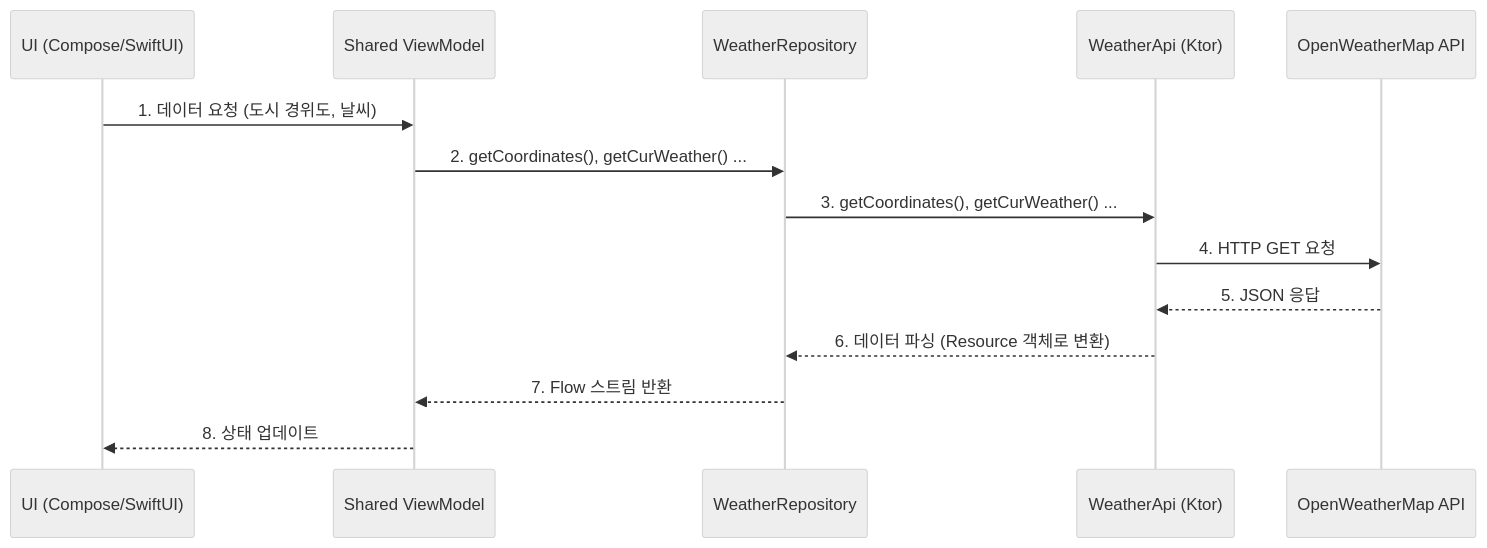
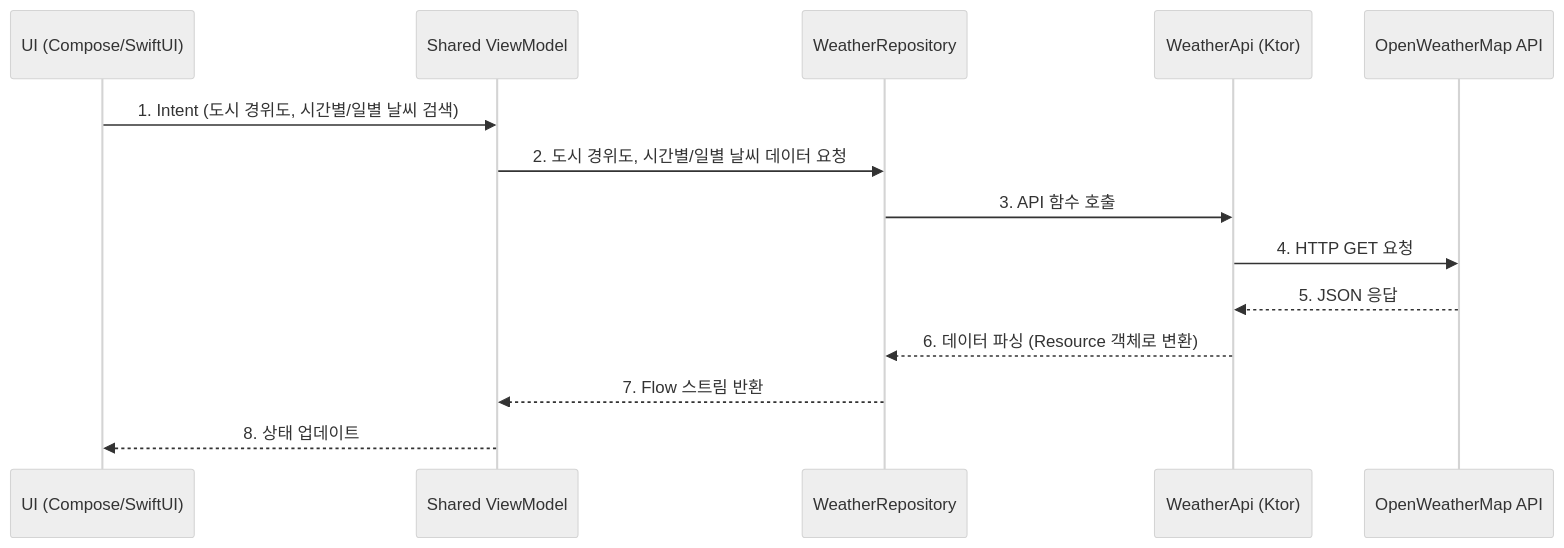
The first of 2 diagrams in README.md (yunn-hj/KMP), drawn with Mermaid before and after one commit.

````diff
--- a/README.md
+++ b/README.md
@@ -63,19 +63,19 @@
 ```mermaid
 %%{init: {'theme': 'neutral' } }%%
 sequenceDiagram
     participant UI as UI (Compose/SwiftUI)
     participant VM as Shared ViewModel
     participant Repo as WeatherRepository
     participant Api as WeatherApi (Ktor)
     participant Ext as OpenWeatherMap API
 
-    UI->>VM: 1. 데이터 요청 (도시 경위도, 날씨)
-    VM->>Repo: 2. getCoordinates(), getCurWeather() ...
-    Repo->>Api: 3. getCoordinates(), getCurWeather() ...
+    UI->>VM: 1. Intent (도시 경위도, 시간별/일별 날씨 검색)
+    VM->>Repo: 2. 도시 경위도, 시간별/일별 날씨 데이터 요청
+    Repo->>Api: 3. API 함수 호출
     Api->>Ext: 4. HTTP GET 요청
     Ext-->>Api: 5. JSON 응답
     Api-->>Repo: 6. 데이터 파싱 (Resource 객체로 변환)
     Repo-->>VM: 7. Flow 스트림 반환
     VM-->>UI: 8. 상태 업데이트
 
 ```
````
